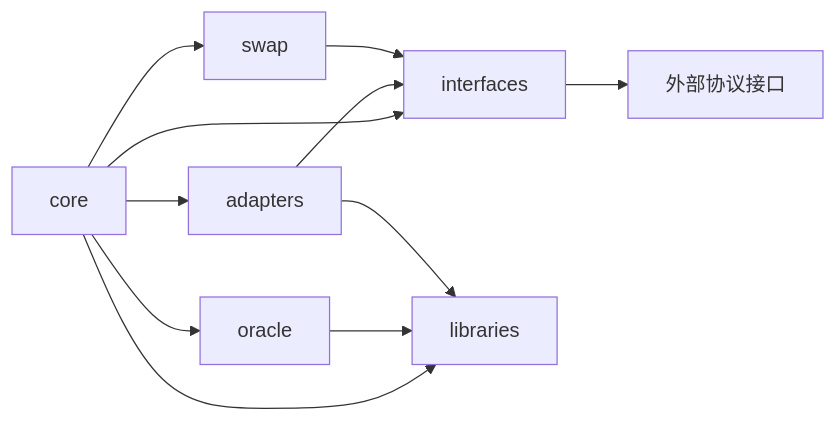
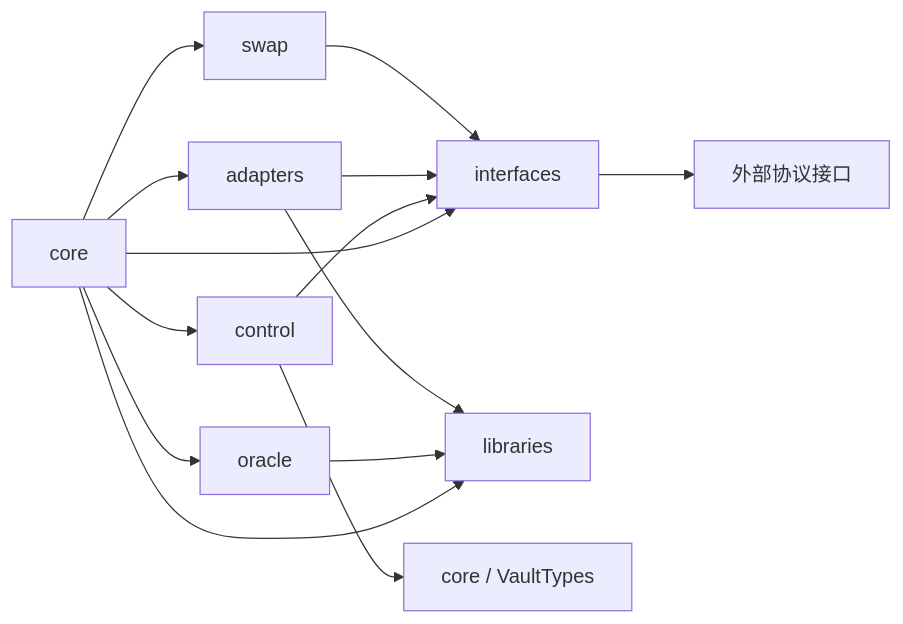
Before and after one commit to GGHansome/Adaptive-LP-Vault: the second of 10 diagrams in docs/ARCHITECTURE.md, drawn with Mermaid. The commit also changed other lines of this file and 22 other files, not shown here.

````diff
--- a/docs/ARCHITECTURE.md
+++ b/docs/ARCHITECTURE.md
@@ -86,13 +89,16 @@
 ```mermaid
 flowchart LR
-    Core[core] --> Interfaces[interfaces]
+    Core[core] --> Control[control]
+    Core --> Interfaces[interfaces]
     Core --> Oracle[oracle]
     Core --> Libraries[libraries]
     Core --> Adapters[adapters]
     Core --> Swap[swap]
+    Control --> Interfaces
+    Control --> CoreTypes[core / VaultTypes]
     Oracle --> Libraries
     Adapters --> Interfaces
     Adapters --> Libraries
     Swap --> Interfaces
     Interfaces --> ExternalInterfaces[外部协议接口]
 ```
````
